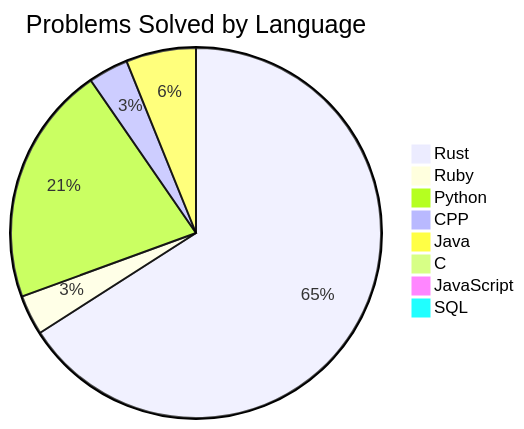
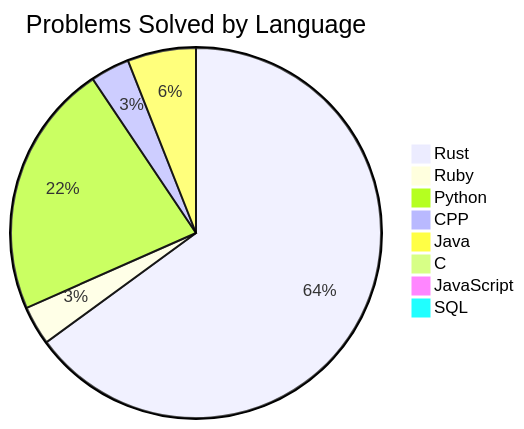
One commit to Liam-Wirth/leetcode-solutions changed the second of 2 diagrams in README.md. Above: the diagram before and after it, drawn with Mermaid. The commit also changed other lines of this file and 10 other files, not shown here.

````diff
--- a/README.md
+++ b/README.md
@@ -47,11 +47,11 @@
 ```mermaid
 pie title Problems Solved by Language
-    "Rust": 151
+    "Rust": 152
     "Ruby": 8
-    "Python": 48
+    "Python": 52
     "CPP": 8
     "Java": 14
     "C": 1
     "JavaScript": 2
     "SQL": 2
 ```
````
